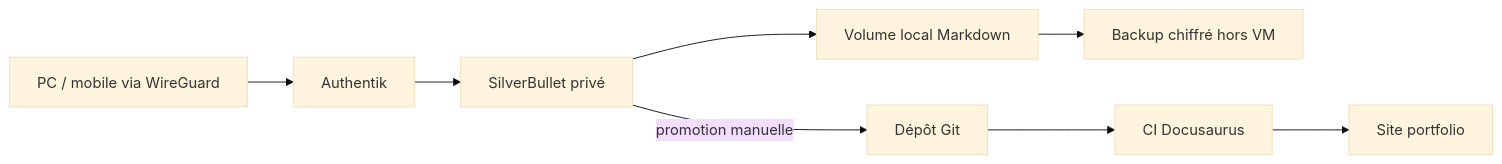
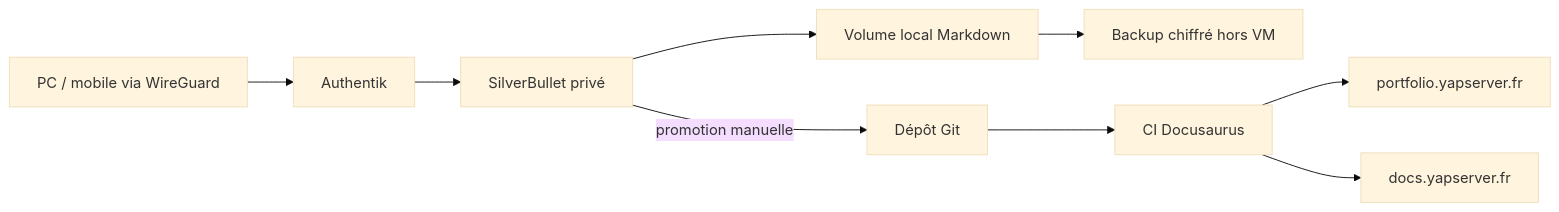
Before and after one commit to yapcyber/homelab: the diagram in docs/architecture/second-brain-et-docusaurus.md, drawn with Mermaid (base theme). The commit also changed other lines of this file and 2 other files, not shown here.

Commit message:
docs: séparer portfolio docs et second brain

````diff
--- a/docs/architecture/second-brain-et-docusaurus.md
+++ b/docs/architecture/second-brain-et-docusaurus.md
@@ -12,10 +13,11 @@
 ```mermaid
 flowchart LR
   U[PC / mobile via WireGuard] --> A[Authentik]
   A --> S[SilverBullet privé]
   S --> V[Volume local Markdown]
   V --> B[Backup chiffré hors VM]
   S -->|promotion manuelle| G[Dépôt Git]
   G --> C[CI Docusaurus]
-  C --> P[Site portfolio]
+  C --> P[portfolio.yapserver.fr]
+  C --> D[docs.yapserver.fr]
 ```
````
